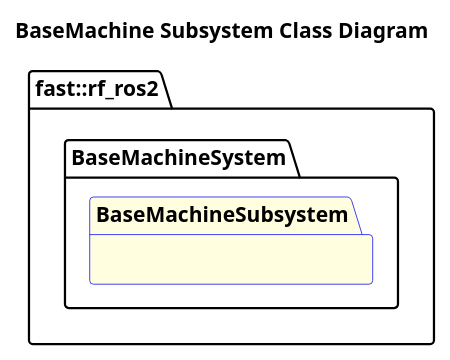
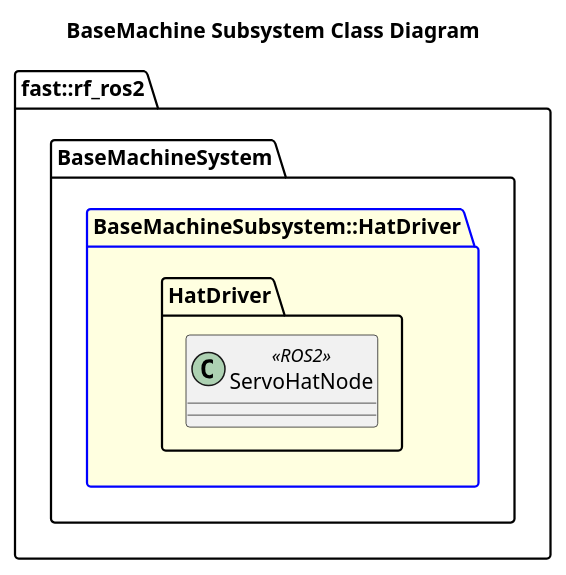
One commit to fastrobotics/robot_framework_ros2 changed the diagram in Systems/BaseMachine/Subsystems/BaseMachine/doc/puml/BaseMachineSubsystemClassDiagram.puml. Above: the diagram before and after it, drawn with PlantUML. The commit also changed 15 other files, not shown here.

Commit message:
Adding some autogen stuff for BaseMachine

```diff
--- a/Systems/BaseMachine/Subsystems/BaseMachine/doc/puml/BaseMachineSubsystemClassDiagram.puml
+++ b/Systems/BaseMachine/Subsystems/BaseMachine/doc/puml/BaseMachineSubsystemClassDiagram.puml
@@ -2,10 +2,15 @@
 @startuml
 title BaseMachine Subsystem Class Diagram
 
 namespace fast::rf_ros2 {
     namespace BaseMachineSystem {
-        package BaseMachineSubsystem #LightYellow;line:blue {
+        package BaseMachineSubsystem::HatDriver #LightYellow;line:blue {
+            namespace HatDriver {
+                class ServoHatNode <<ROS2>> {
+
+                }
+            }
         }
     }
 }
 @enduml
```
